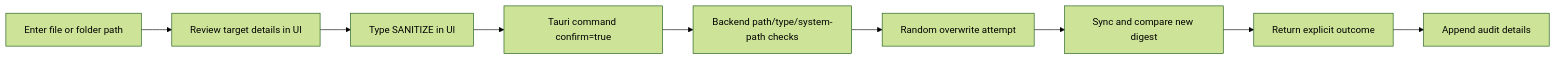
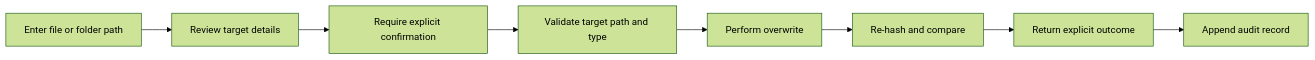
The second of 2 diagrams in docs/07_FORENSIC_WORKFLOW.md (cyphric01-jpg/KRYVORA), drawn with Mermaid (forest theme) before and after one commit. The commit also changed other lines of this file and 18 other files, not shown here.

````diff
--- a/docs/07_FORENSIC_WORKFLOW.md
+++ b/docs/07_FORENSIC_WORKFLOW.md
@@ -37,11 +29,10 @@
 ```mermaid
 flowchart LR
-    T[Enter file or folder path] --> R[Review target details in UI]
-    R --> P[Type SANITIZE in UI]
-    P --> C[Tauri command confirm=true]
-    C --> B[Backend path/type/system-path checks]
-    B --> W[Random overwrite attempt]
-    W --> H[Sync and compare new digest]
+    T[Enter file or folder path] --> R[Review target details]
+    R --> P[Require explicit confirmation]
+    P --> C[Validate target path and type]
+    C --> W[Perform overwrite]
+    W --> H[Re-hash and compare]
     H --> O[Return explicit outcome]
-    O --> A[Append audit details]
+    O --> A[Append audit record]
 ```
````
